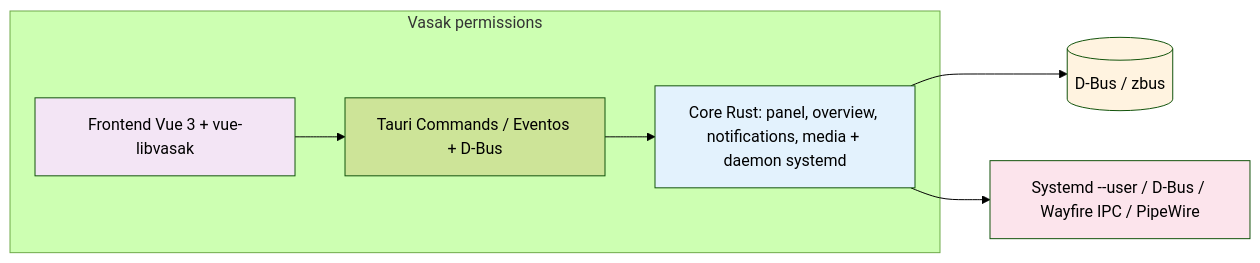
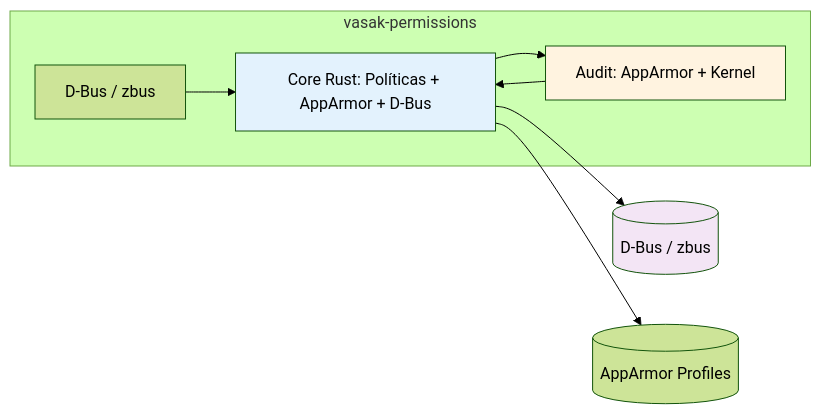
The second of 3 diagrams in README.md (Vasak-OS/vasak-permissions), drawn with Mermaid (forest theme) before and after one commit. The commit also changed other lines of this file, not shown here.

First line of the commit message:
docs: fix vasak-permissions README - remove template content not applicable to this daemon

````diff
--- a/README.md
+++ b/README.md
@@ -46,16 +46,16 @@
 ```mermaid
 flowchart LR
-    subgraph App[Vasak permissions]
-        UI[Frontend Vue 3 + vue-libvasak]
-        Core[Core Rust: panel, overview, notifications, media + daemon systemd]
-        IPC[Tauri Commands / Eventos + D-Bus]
+    subgraph App[vasak-permissions]
+        Core[Core Rust: Políticas + AppArmor + D-Bus]
+        IPC[D-Bus / zbus]
+        Audit[Audit: AppArmor + Kernel]
     end
-    UI --> IPC
     IPC --> Core
     Core --> DBus[(D-Bus / zbus)]
-    Core --> System[Systemd --user / D-Bus / Wayfire IPC / PipeWire]
-    style UI fill:#f3e5f5
+    Core --> Audit
+    Core --> AppArmor[(AppArmor Profiles)]
+    Audit --> Core
     style Core fill:#e3f2fd
-    style DBus fill:#fff3e0
-    style System fill:#fce4ec
+    style Audit fill:#fff3e0
+    style DBus fill:#f3e5f5
 ```
````
